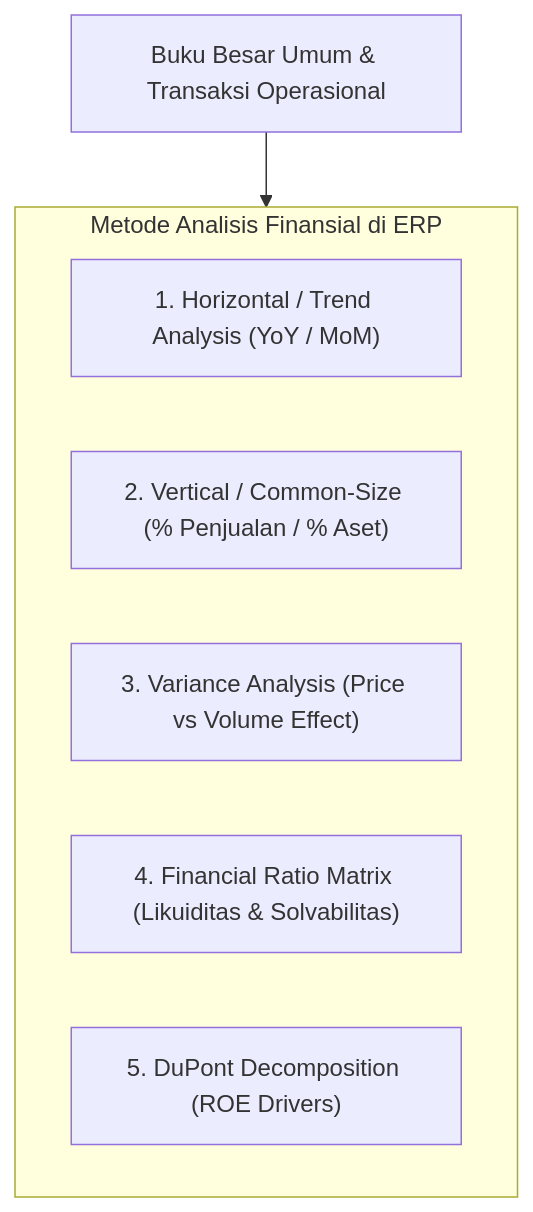
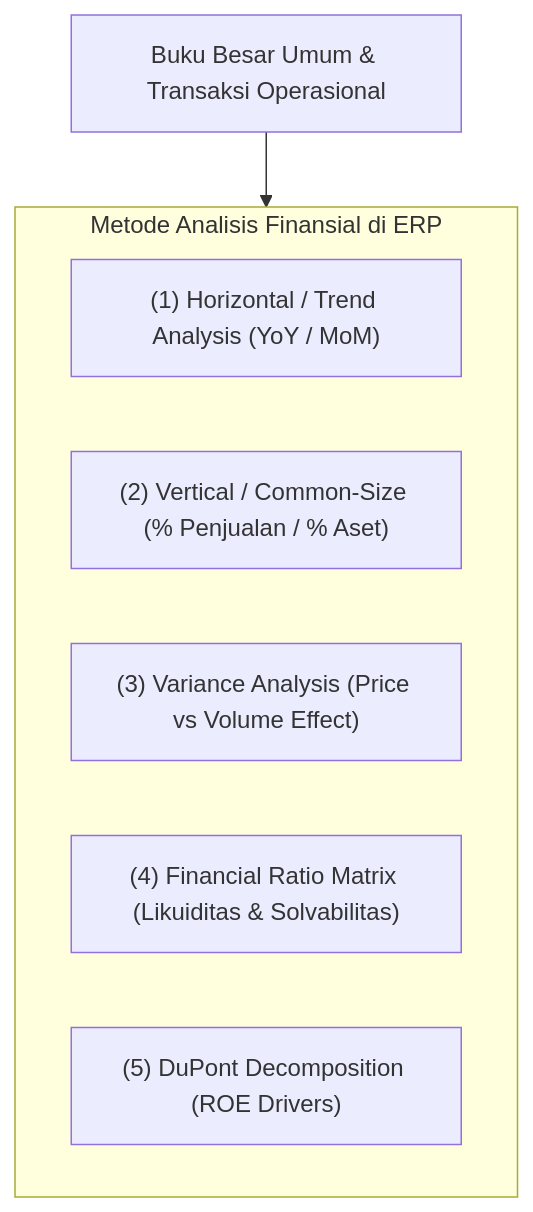
The first of 2 diagrams in content/07-finance/financial-analysis.md (alimurrofid/erp-notes), drawn with Mermaid before and after one commit. The commit also changed 132 other files, not shown here.

````diff
--- a/content/07-finance/financial-analysis.md
+++ b/content/07-finance/financial-analysis.md
@@ -15,11 +15,11 @@
 ```mermaid
 graph TD
     subgraph AnalyticalMethods["Metode Analisis Finansial di ERP"]
-        Horiz["1. Horizontal / Trend Analysis (YoY / MoM)"]
-        Vert["2. Vertical / Common-Size (% Penjualan / % Aset)"]
-        Var["3. Variance Analysis (Price vs Volume Effect)"]
-        Ratio["4. Financial Ratio Matrix (Likuiditas & Solvabilitas)"]
-        DuPont["5. DuPont Decomposition (ROE Drivers)"]
+        Horiz["(1) Horizontal / Trend Analysis (YoY / MoM)"]
+        Vert["(2) Vertical / Common-Size (% Penjualan / % Aset)"]
+        Var["(3) Variance Analysis (Price vs Volume Effect)"]
+        Ratio["(4) Financial Ratio Matrix (Likuiditas & Solvabilitas)"]
+        DuPont["(5) DuPont Decomposition (ROE Drivers)"]
     end
     ERP_GL["Buku Besar Umum & Transaksi Operasional"] --> AnalyticalMethods
 ```
````
